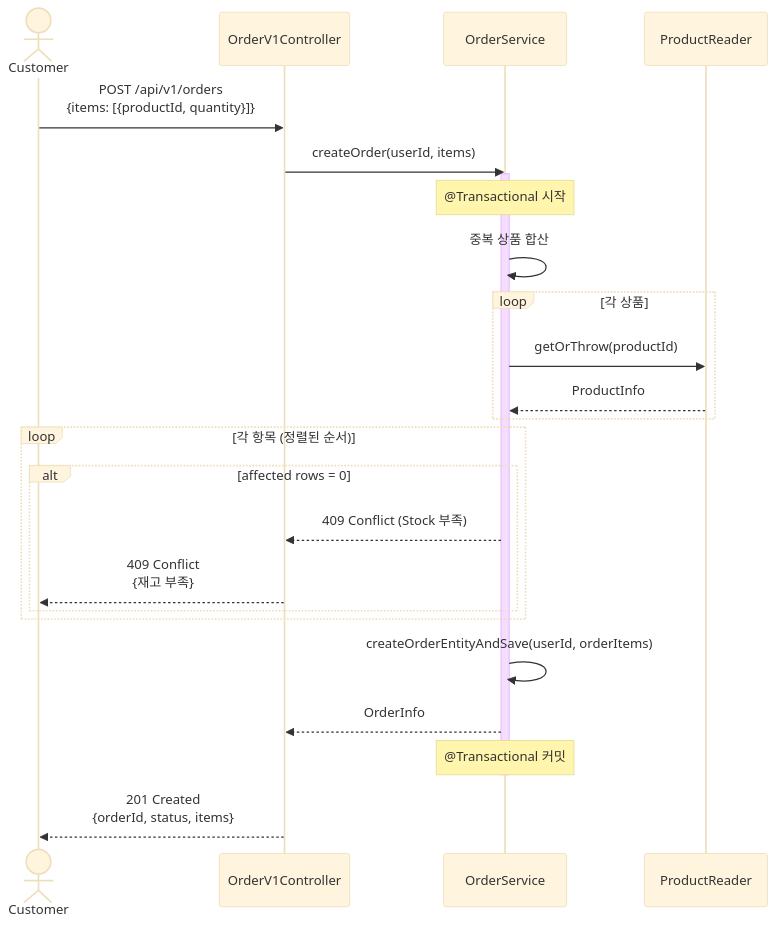
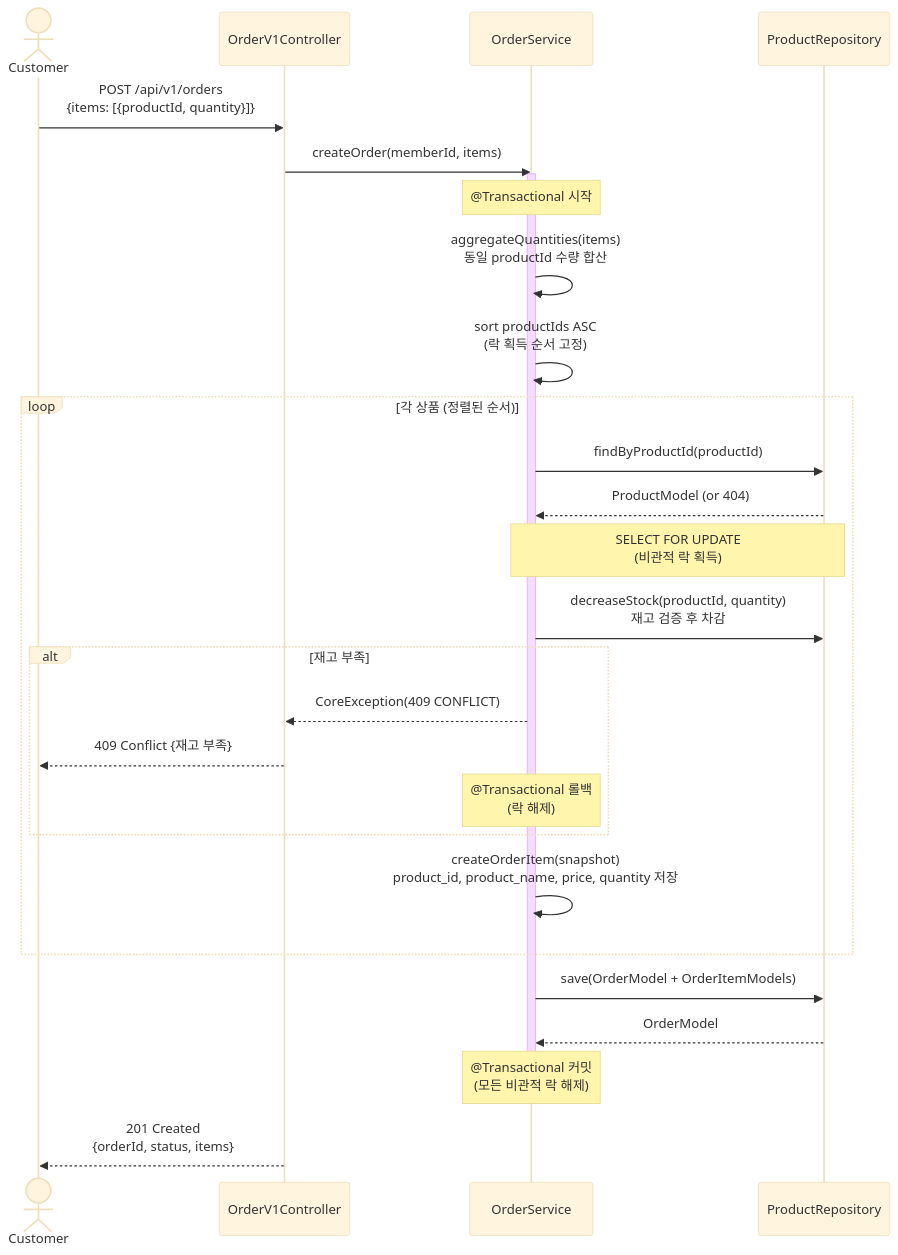
One commit to YoHanKi/loop-pack-be-l2-vol3-java changed the first of 5 diagrams in docs/design/02-sequence-diagrams.md. Above: the diagram before and after it, drawn with Mermaid (base theme). The commit also changed other lines of this file and 2 other files, not shown here.

````diff
--- a/docs/design/02-sequence-diagrams.md
+++ b/docs/design/02-sequence-diagrams.md
@@ -25,39 +32,45 @@
 ```mermaid
 sequenceDiagram
     actor Customer
     participant Controller as OrderV1Controller
     participant OrderService as OrderService
-    participant ProductReader as ProductReader
+    participant ProductRepo as ProductRepository
 
     Customer->>Controller: POST /api/v1/orders<br/>{items: [{productId, quantity}]}
-    Controller->>OrderService: createOrder(userId, items)
+    Controller->>OrderService: createOrder(memberId, items)
 
     activate OrderService
     Note over OrderService: @Transactional 시작
 
-%% 입력 검증
-    OrderService->>OrderService: 중복 상품 합산
+    %% 1. 중복 상품 합산
+    OrderService->>OrderService: aggregateQuantities(items)<br/>동일 productId 수량 합산
 
-%% 상품 존재 확인
-    loop 각 상품
-        OrderService->>ProductReader: getOrThrow(productId)
-        ProductReader-->>OrderService: ProductInfo
+    %% 2. productId 오름차순 정렬 (데드락 방지)
+    OrderService->>OrderService: sort productIds ASC<br/>(락 획득 순서 고정)
+
+    %% 3. 상품 조회 + 비관적 락 + 재고 차감
+    loop 각 상품 (정렬된 순서)
+        OrderService->>ProductRepo: findByProductId(productId)
+        ProductRepo-->>OrderService: ProductModel (or 404)
+
+        Note over OrderService,ProductRepo: SELECT FOR UPDATE<br/>(비관적 락 획득)
+        OrderService->>ProductRepo: decreaseStock(productId, quantity)<br/>재고 검증 후 차감
+
+        alt 재고 부족
+            OrderService-->>Controller: CoreException(409 CONFLICT)
+            Controller-->>Customer: 409 Conflict {재고 부족}
+            Note over OrderService: @Transactional 롤백<br/>(락 해제)
+        end
+
+        OrderService->>OrderService: createOrderItem(snapshot)<br/>product_id, product_name, price, quantity 저장
     end
 
-%% 재고 차감 (정렬된 순서)
-    loop 각 항목 (정렬된 순서)
-        alt affected rows = 0
-            OrderService-->>Controller: 409 Conflict (Stock 부족)
-            Controller-->>Customer: 409 Conflict<br/>{재고 부족}
-        end
-    end
+    %% 4. 주문 저장
+    OrderService->>ProductRepo: save(OrderModel + OrderItemModels)
+    ProductRepo-->>OrderService: OrderModel
 
-%% 주문 저장
-    OrderService->>OrderService: createOrderEntityAndSave(userId, orderItems)
-    OrderService-->>Controller: OrderInfo
-
-    Note over OrderService: @Transactional 커밋
+    Note over OrderService: @Transactional 커밋<br/>(모든 비관적 락 해제)
     deactivate OrderService
 
     Controller-->>Customer: 201 Created<br/>{orderId, status, items}
 ```
````
